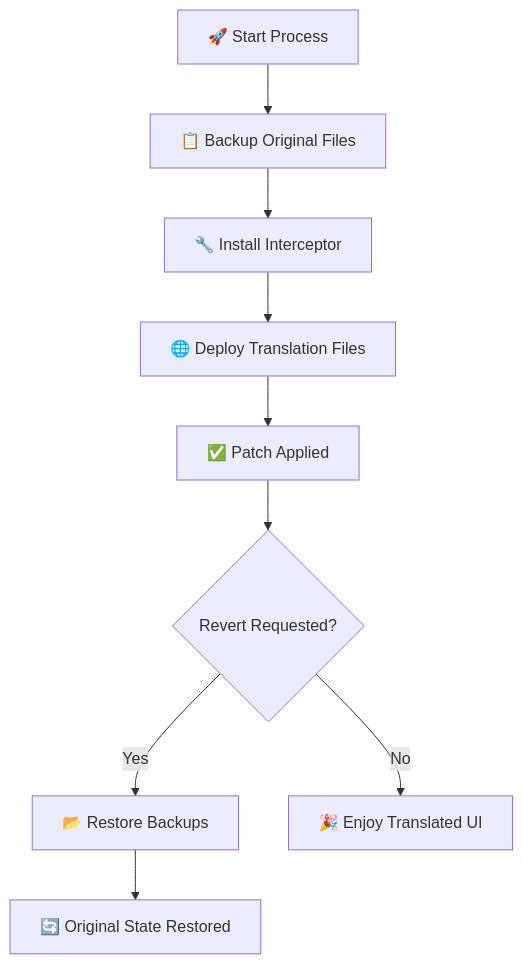
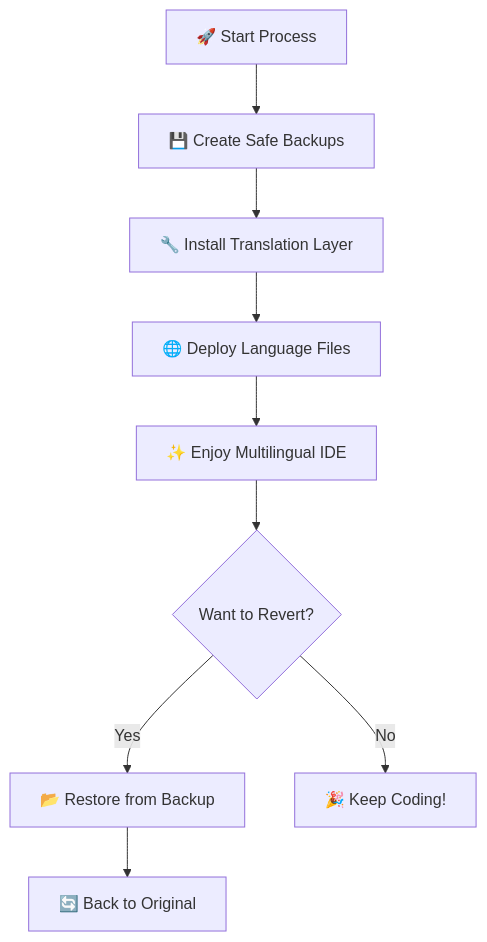
Before and after one commit to somersby10ml/cursor-i18n: the diagram in README.md, drawn with Mermaid. The commit also changed other lines of this file, not shown here.

````diff
--- a/README.md
+++ b/README.md
@@ -82,13 +97,13 @@
 ```mermaid
 graph TD
-    A[🚀 Start Process] --> B[📋 Backup Original Files]
-    B --> C[🔧 Install Interceptor]
-    C --> D[🌐 Deploy Translation Files]
-    D --> E[✅ Patch Applied]
+    A[🚀 Start Process] --> B[💾 Create Safe Backups]
+    B --> C[🔧 Install Translation Layer]
+    C --> D[🌐 Deploy Language Files]
+    D --> E[✨ Enjoy Multilingual IDE]
     
-    E --> F{Revert Requested?}
-    F -->|Yes| G[📂 Restore Backups]
-    F -->|No| H[🎉 Enjoy Translated UI]
+    E --> F{Want to Revert?}
+    F -->|Yes| G[📂 Restore from Backup]
+    F -->|No| H[🎉 Keep Coding!]
     
-    G --> I[🔄 Original State Restored]
+    G --> I[🔄 Back to Original]
 ```
````
